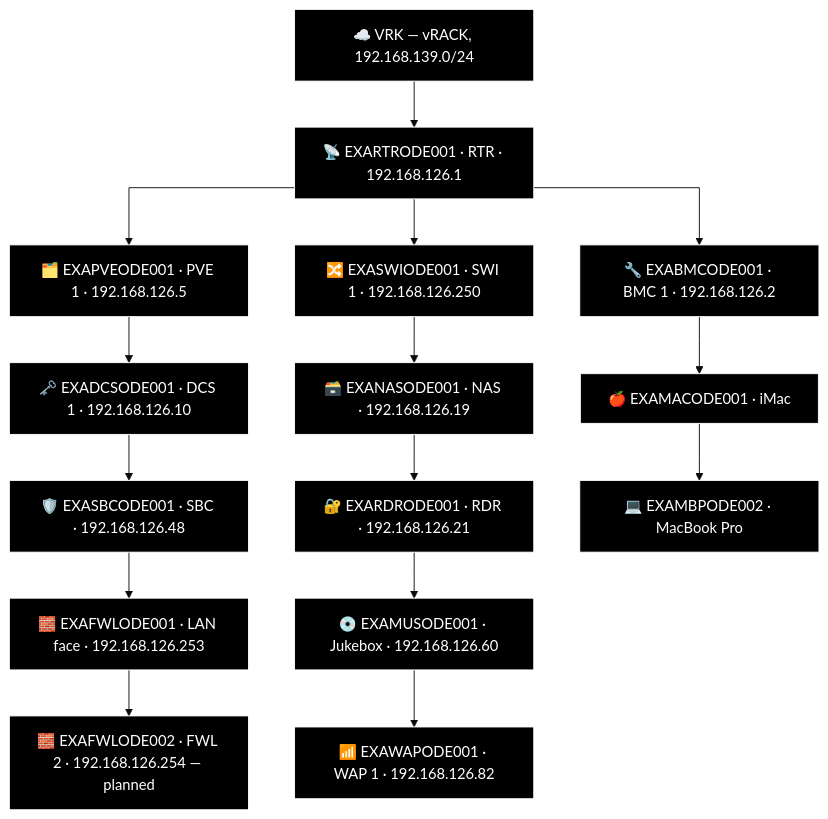
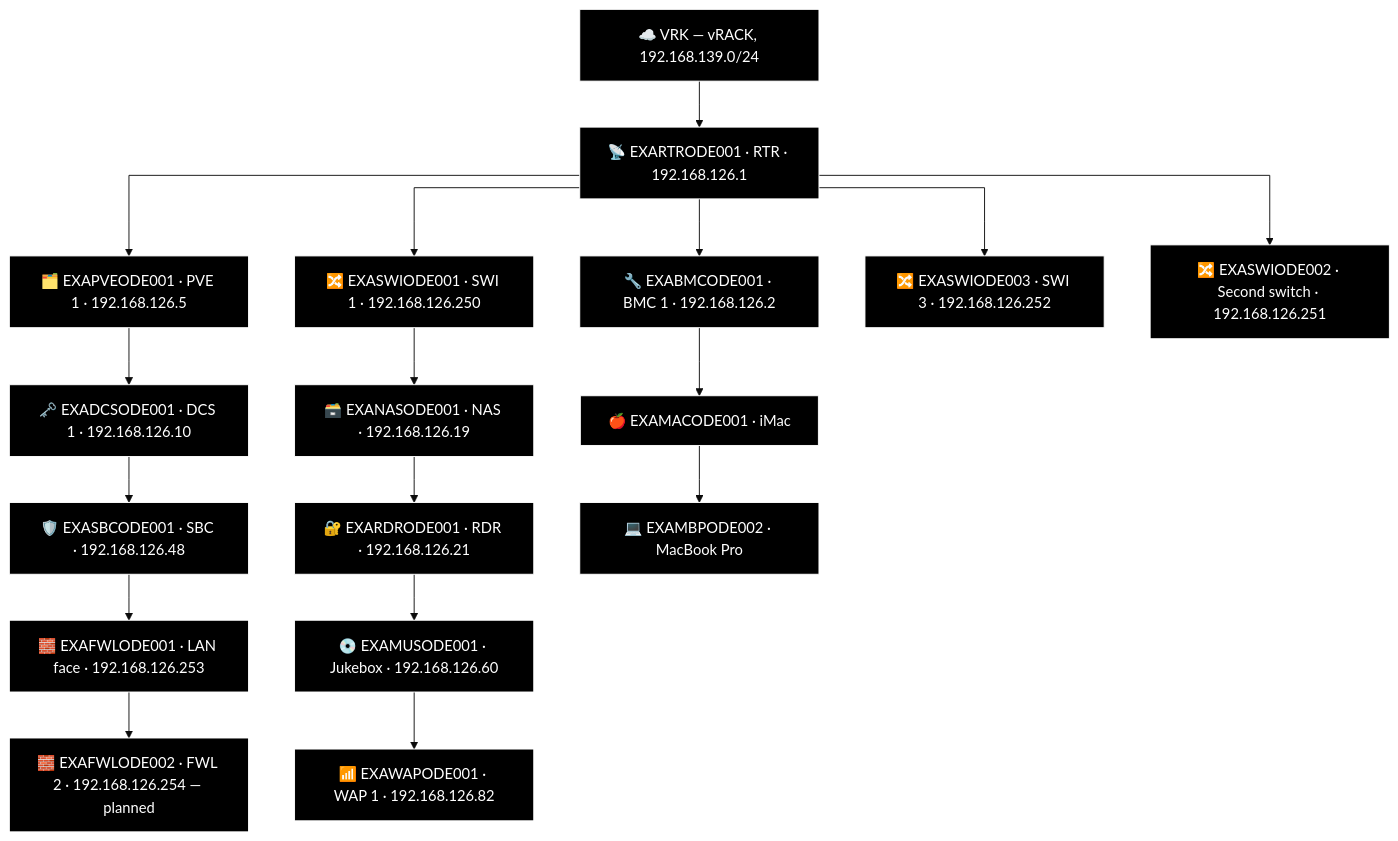
The fourth of 18 diagrams in docs/network-diagram/danmark.md (knightmare2600/example_music_infra), drawn with Mermaid (base theme) before and after one commit. The commit also changed other lines of this file and 35 other files, not shown here.

````diff
--- a/docs/network-diagram/danmark.md
+++ b/docs/network-diagram/danmark.md
@@ -120,43 +150,49 @@
 ```mermaid
 %% GENERATED:TOPOLOGY:ODE:START
 %%{init: {'flowchart': {'curve': 'stepAfter'}}}%%
 graph TD
     T_VRK["☁️ VRK — vRACK, 192.168.139.0/24"]
     T_RTR["📡 EXARTRODE001 · RTR · 192.168.126.1"]
     T_VRK --> T_RTR
     T_BMC["🔧 EXABMCODE001 · BMC 1 · 192.168.126.2"]
     T_RTR --> T_BMC
     T_PVE["🗂️ EXAPVEODE001 · PVE 1 · 192.168.126.5"]
     T_RTR --> T_PVE
     T_SWI["🔀 EXASWIODE001 · SWI 1 · 192.168.126.250"]
     T_RTR --> T_SWI
+    T_SWI2["🔀 EXASWIODE003 · SWI 3 · 192.168.126.252"]
+    T_RTR --> T_SWI2
+    T_SWI3["🔀 EXASWIODE002 · Second switch · 192.168.126.251"]
+    T_RTR --> T_SWI3
     T_NAS["🗃️ EXANASODE001 · NAS · 192.168.126.19"]
     T_RDR["🔐 EXARDRODE001 · RDR · 192.168.126.21"]
     T_MUS["💿 EXAMUSODE001 · Jukebox · 192.168.126.60"]
     T_WAP["📶 EXAWAPODE001 · WAP 1 · 192.168.126.82"]
     T_SWI --> T_NAS --> T_RDR --> T_MUS --> T_WAP
     T_DCS["🗝️ EXADCSODE001 · DCS 1 · 192.168.126.10"]
     T_SBC["🛡️ EXASBCODE001 · SBC · 192.168.126.48"]
     T_FWL["🧱 EXAFWLODE001 · LAN face · 192.168.126.253"]
     T_FWL2["🧱 EXAFWLODE002 · FWL 2 · 192.168.126.254 — planned"]
     T_PVE --> T_DCS --> T_SBC --> T_FWL --> T_FWL2
     T_MAC["🍎 EXAMACODE001 · iMac"]
     T_MBP["💻 EXAMBPODE002 · MacBook Pro"]
     T_BMC --> T_MAC --> T_MBP
     style T_VRK fill:#000000,stroke:#FFFFFF,color:#FFFFFF
     style T_RTR fill:#000000,stroke:#FFFFFF,color:#FFFFFF
     style T_BMC fill:#000000,stroke:#FFFFFF,color:#FFFFFF
     style T_PVE fill:#000000,stroke:#FFFFFF,color:#FFFFFF
     style T_SWI fill:#000000,stroke:#FFFFFF,color:#FFFFFF
+    style T_SWI2 fill:#000000,stroke:#FFFFFF,color:#FFFFFF
+    style T_SWI3 fill:#000000,stroke:#FFFFFF,color:#FFFFFF
     style T_NAS fill:#000000,stroke:#FFFFFF,color:#FFFFFF
     style T_RDR fill:#000000,stroke:#FFFFFF,color:#FFFFFF
     style T_MUS fill:#000000,stroke:#FFFFFF,color:#FFFFFF
     style T_WAP fill:#000000,stroke:#FFFFFF,color:#FFFFFF
     style T_DCS fill:#000000,stroke:#FFFFFF,color:#FFFFFF
     style T_SBC fill:#000000,stroke:#FFFFFF,color:#FFFFFF
     style T_FWL fill:#000000,stroke:#FFFFFF,color:#FFFFFF
     style T_FWL2 fill:#000000,stroke:#FFFFFF,color:#FFFFFF
     style T_MAC fill:#000000,stroke:#FFFFFF,color:#FFFFFF
     style T_MBP fill:#000000,stroke:#FFFFFF,color:#FFFFFF
 %% GENERATED:TOPOLOGY:ODE:END
 ```
````
